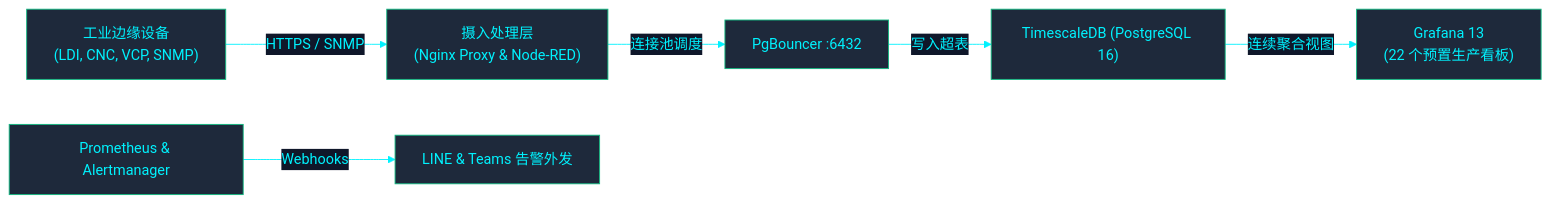
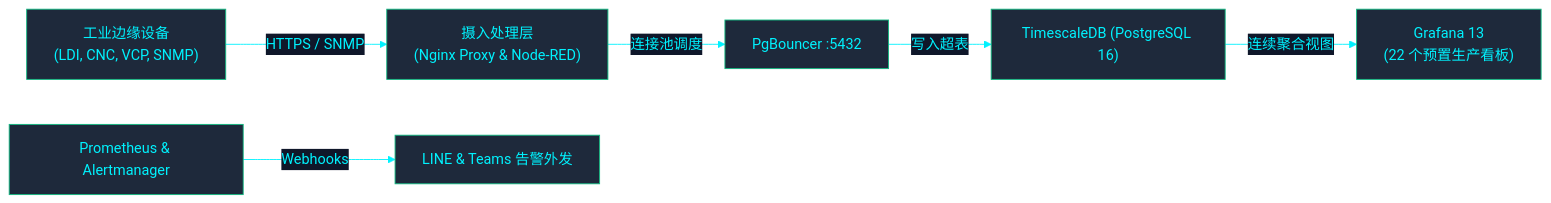
One commit to PATTANAKORN025/IMS changed the diagram in zh-CN/docs/product/ONBOARDING.md. Above: the diagram before and after it, drawn with Mermaid. The commit also changed 36 other files, not shown here.

First line of the commit message:
fix(docs): reconcile 115 mermaid diagrams with architecture across 3 languages

````diff
--- a/zh-CN/docs/product/ONBOARDING.md
+++ b/zh-CN/docs/product/ONBOARDING.md
@@ -26,9 +26,9 @@
 ```mermaid
 %%{init: {'theme': 'base', 'themeVariables': { 'primaryColor': '#1e293b', 'primaryTextColor': '#00F2FE', 'primaryBorderColor': '#10B981', 'lineColor': '#00F2FE', 'secondaryColor': '#0f172a', 'tertiaryColor': '#0f172a', 'clusterBkg': '#030407', 'clusterBorder': '#00F2FE'}}}%%
 flowchart LR
   EDGE["工业边缘设备\n(LDI, CNC, VCP, SNMP)"] -->|"HTTPS / SNMP"| INGEST["摄入处理层\n(Nginx Proxy & Node-RED)"]
-  INGEST -->|"连接池调度"| PGB["PgBouncer :6432"]
+  INGEST -->|"连接池调度"| PGB["PgBouncer :5432"]
   PGB -->|"写入超表"| TSDB["TimescaleDB (PostgreSQL 16)"]
   TSDB -->|"连续聚合视图"| GRAFANA["Grafana 13\n(22 个预置生产看板)"]
   PROM["Prometheus & Alertmanager"] -->|"Webhooks"| NOTIF["LINE & Teams 告警外发"]
 ```
````
